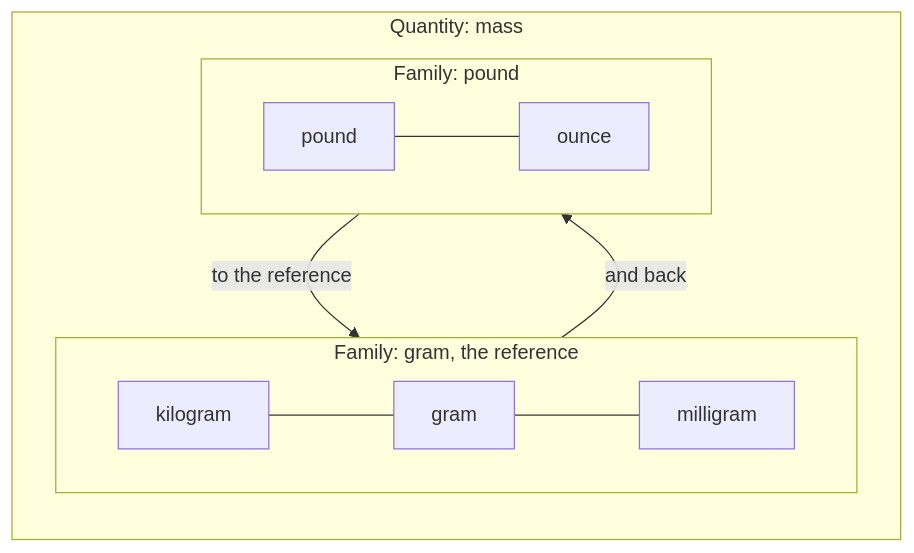
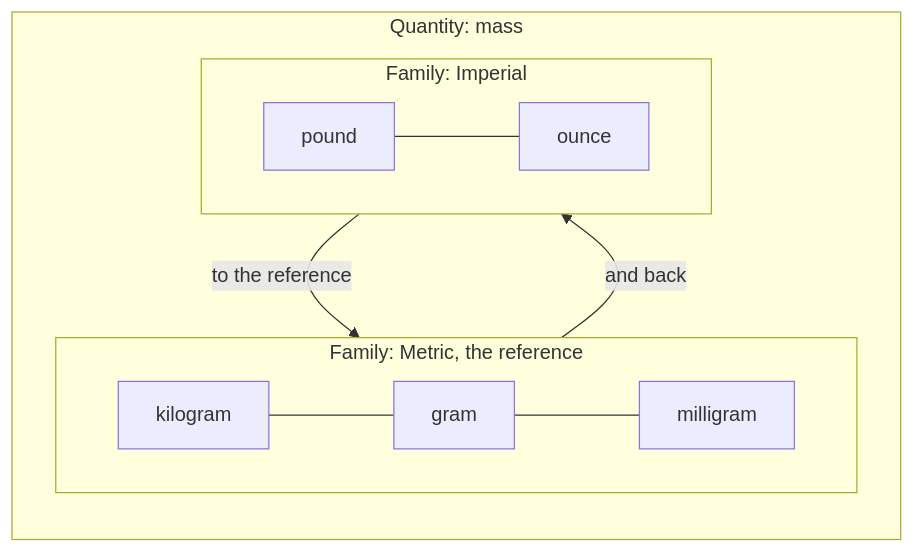
Before and after one commit to AlexandreGallais/synoptic-studio-spec: the third of 7 diagrams in metadata/05-units.md, drawn with Mermaid. The commit also changed other lines of this file and 7 other files, not shown here.

````diff
--- a/metadata/05-units.md
+++ b/metadata/05-units.md
@@ -46,13 +47,13 @@
 ```mermaid
 flowchart LR
     subgraph Mass[Quantity: mass]
-        subgraph G[Family: gram, the reference]
+        subgraph G[Family: Metric, the reference]
             kg[kilogram] --- g[gram] --- mg[milligram]
         end
-        subgraph P[Family: pound]
+        subgraph P[Family: Imperial]
             lb[pound] --- oz[ounce]
         end
         P -- "to the reference" --> G
         G -- "and back" --> P
     end
 ```
````
